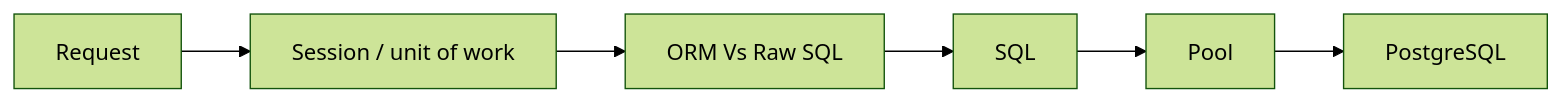
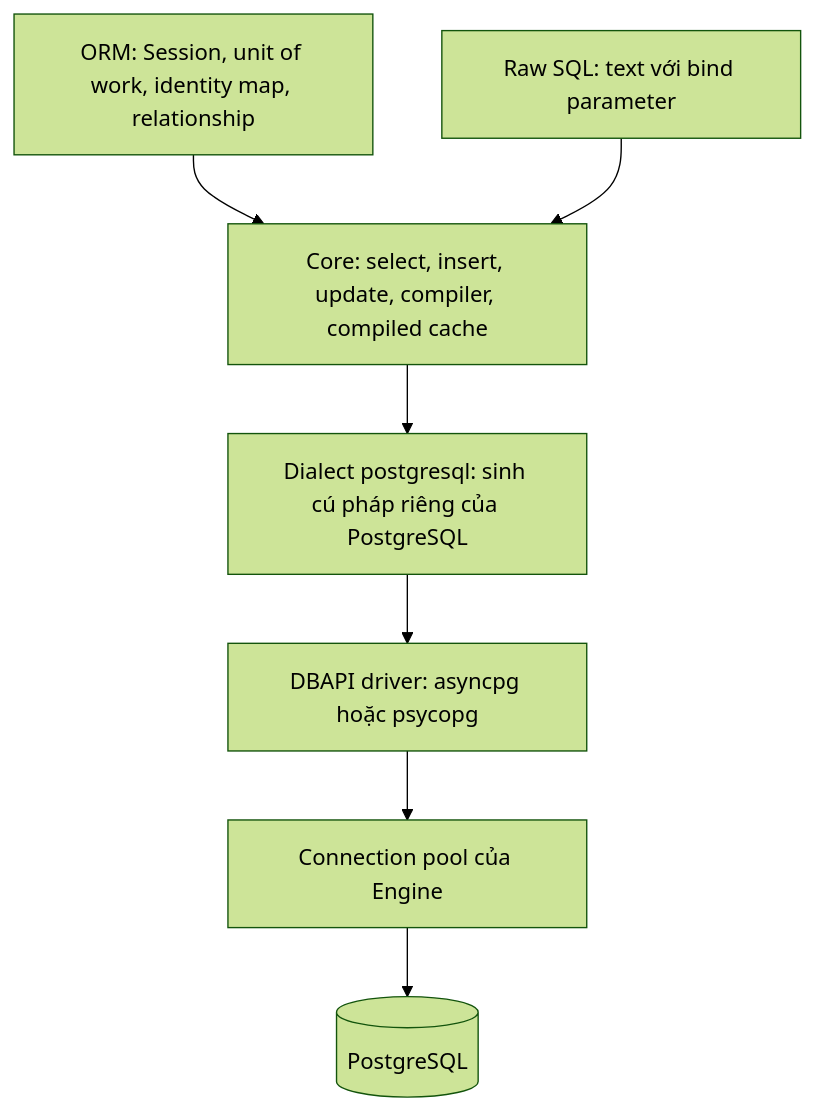
Before and after one commit to HuyNguyen-FinX/Try_Hard: the diagram in python/knowledges/05-sqlalchemy/orm-vs-raw-sql.md, drawn with Mermaid (forest theme). The commit also changed other lines of this file and 139 other files, not shown here.

````diff
--- a/python/knowledges/05-sqlalchemy/orm-vs-raw-sql.md
+++ b/python/knowledges/05-sqlalchemy/orm-vs-raw-sql.md
@@ -150,7 +19,9 @@
 ```mermaid
-flowchart LR
-            Request --> Session["Session / unit of work"]
-            Session --> Topic["ORM Vs Raw SQL"]
-            Topic --> SQL
-            SQL --> Pool --> PostgreSQL
+flowchart TB
+    ORM["ORM: Session, unit of work, identity map, relationship"] --> Core["Core: select, insert, update, compiler, compiled cache"]
+    Text["Raw SQL: text với bind parameter"] --> Core
+    Core --> Dialect["Dialect postgresql: sinh cú pháp riêng của PostgreSQL"]
+    Dialect --> Driver["DBAPI driver: asyncpg hoặc psycopg"]
+    Driver --> Pool["Connection pool của Engine"]
+    Pool --> PG[("PostgreSQL")]
 ```
````
